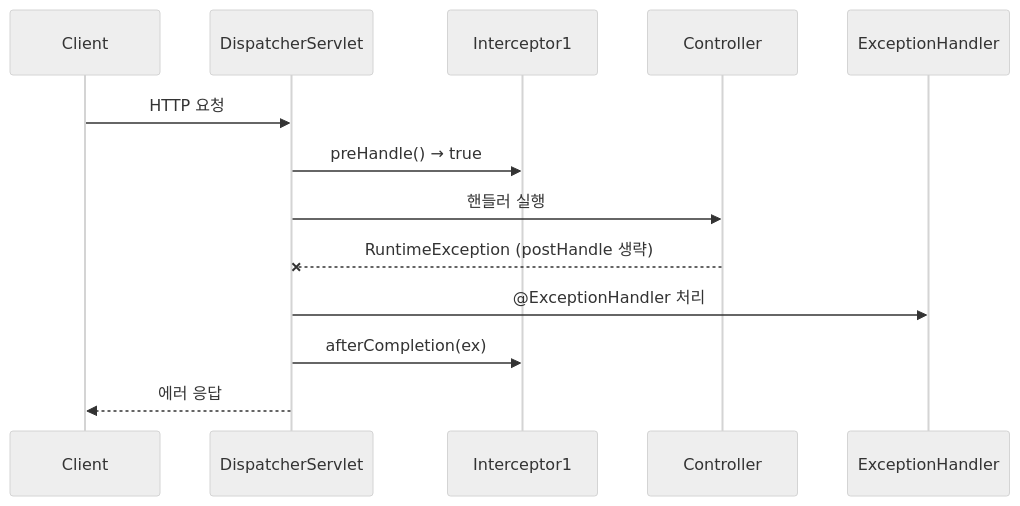
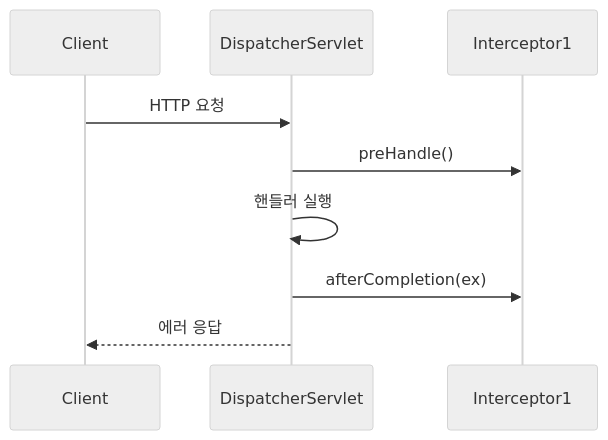
One commit to yjkim2015/yjkim2015.github.io changed the fifth of 8 diagrams in _posts/spring/2026-05-02-spring-interceptor.md. Above: the diagram before and after it, drawn with Mermaid (neutral theme). The commit also changed other lines of this file and 155 other files, not shown here.

First line of the commit message:
Mermaid 전면 수정: subgraph 제거, participant/노드/줄수 축소 (342블록)

````diff
--- a/_posts/spring/2026-05-02-spring-interceptor.md
+++ b/_posts/spring/2026-05-02-spring-interceptor.md
@@ -359,15 +354,11 @@
 ```mermaid
 sequenceDiagram
     participant C as Client
     participant DS as DispatcherServlet
     participant I1 as Interceptor1
-    participant CT as Controller
-    participant EH as ExceptionHandler
     C->>DS: HTTP 요청
-    DS->>I1: preHandle() → true
-    DS->>CT: 핸들러 실행
-    CT--xDS: RuntimeException (postHandle 생략)
-    DS->>EH: @ExceptionHandler 처리
+    DS->>I1: preHandle()
+    DS->>DS: 핸들러 실행
     DS->>I1: afterCompletion(ex)
     DS-->>C: 에러 응답
 ```
````
